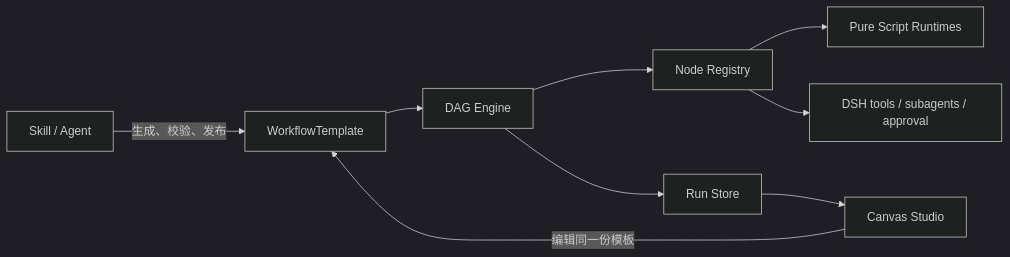
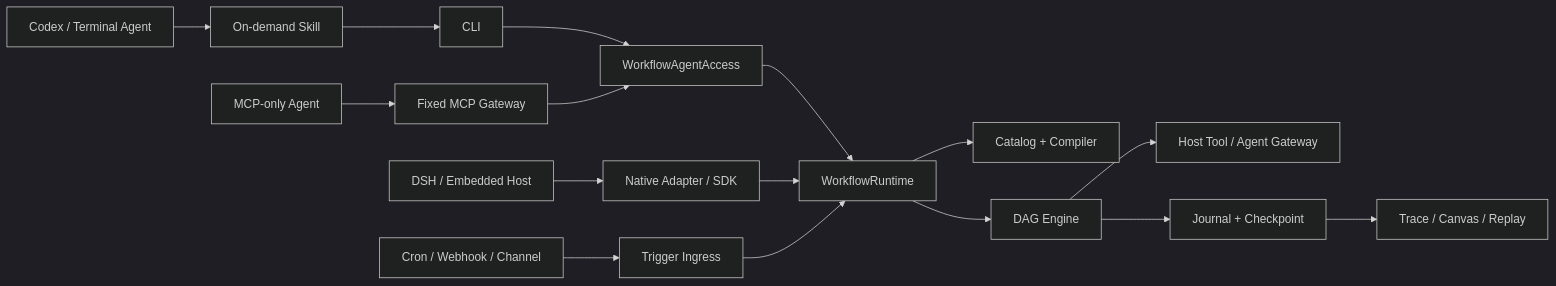
Before and after one commit to the-beating-light-of-the-nail/dsh-meme-hub-site: the diagram in public/readmes/dsh-dag-workflow.md, drawn with Mermaid (dark theme). The commit also changed other lines of this file and 229 other files, not shown here.

````diff
--- a/public/readmes/dsh-dag-workflow.md
+++ b/public/readmes/dsh-dag-workflow.md
@@ -9,11 +9,15 @@
 ```mermaid
 flowchart LR
-  A["Skill / Agent"] -->|生成、校验、发布| T["WorkflowTemplate"]
-  C["Canvas Studio"] -->|编辑同一份模板| T
-  T --> E["DAG Engine"]
-  E --> N["Node Registry"]
-  N --> S["Pure Script Runtimes"]
-  E --> R["Run Store"]
-  N --> D["DSH tools / subagents / approval"]
-  R --> C
+  A["Codex / Terminal Agent"] --> S["On-demand Skill"] --> C0["CLI"]
+  M["MCP-only Agent"] --> G["Fixed MCP Gateway"]
+  D["DSH / Embedded Host"] --> H["Native Adapter / SDK"]
+  C0 --> X["WorkflowAgentAccess"] --> R["WorkflowRuntime"]
+  G --> X
+  H --> R
+  T["Cron / Webhook / Channel"] --> I["Trigger Ingress"] --> R
+  R --> C["Catalog + Compiler"]
+  R --> E["DAG Engine"]
+  E --> HG["Host Tool / Agent Gateway"]
+  E --> J["Journal + Checkpoint"]
+  J --> V["Trace / Canvas / Replay"]
 ```
````
